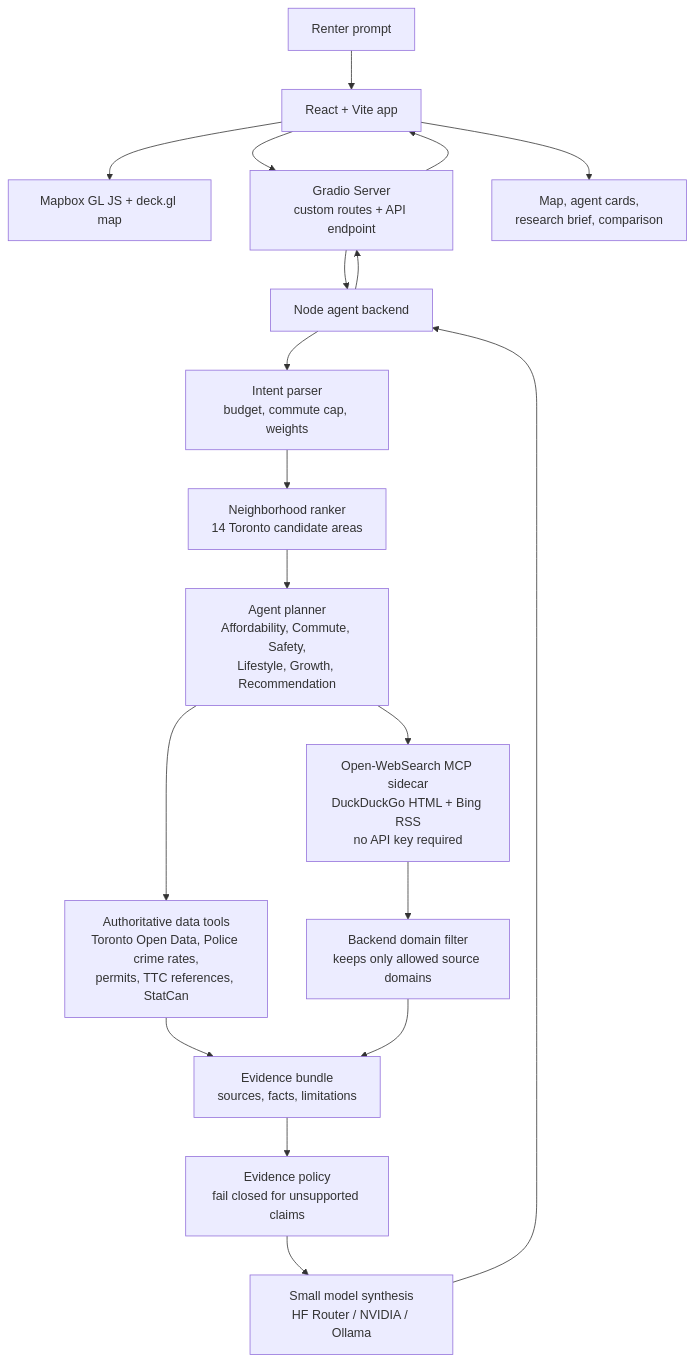
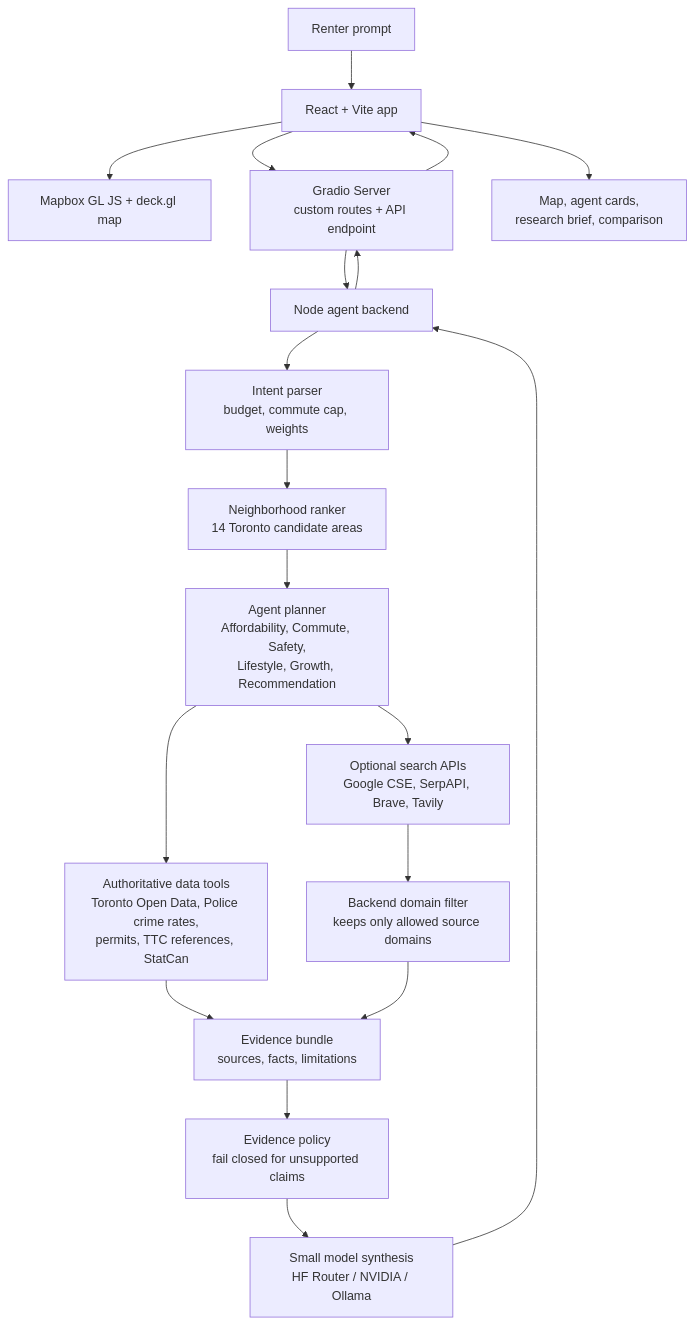
One commit to own-path/6ixPulse changed the diagram in README.md. Above: the diagram before and after it, drawn with Mermaid. The commit also changed other lines of this file and 5 other files, not shown here.

````diff
--- a/README.md
+++ b/README.md
@@ -58,24 +58,24 @@
 ```mermaid
 flowchart TD
   User["Renter prompt"] --> UI["React + Vite app"]
   UI --> Map["Mapbox GL JS + deck.gl map"]
   UI --> Gradio["Gradio Server\ncustom routes + API endpoint"]
   Gradio --> API["Node agent backend"]
 
   API --> Parser["Intent parser\nbudget, commute cap, weights"]
   Parser --> Ranker["Neighborhood ranker\n14 Toronto candidate areas"]
   Ranker --> Agents["Agent planner\nAffordability, Commute, Safety,\nLifestyle, Growth, Recommendation"]
 
   Agents --> Official["Authoritative data tools\nToronto Open Data, Police crime rates,\npermits, TTC references, StatCan"]
-  Agents --> MCP["Open-WebSearch MCP sidecar\nDuckDuckGo HTML + Bing RSS\nno API key required"]
-  MCP --> Filter["Backend domain filter\nkeeps only allowed source domains"]
+  Agents --> APIProviders["Optional search APIs\nGoogle CSE, SerpAPI, Brave, Tavily"]
+  APIProviders --> Filter["Backend domain filter\nkeeps only allowed source domains"]
   Official --> Evidence["Evidence bundle\nsources, facts, limitations"]
   Filter --> Evidence
 
   Evidence --> Policy["Evidence policy\nfail closed for unsupported claims"]
   Policy --> Model["Small model synthesis\nHF Router / NVIDIA / Ollama"]
   Model --> API
   API --> Gradio
   Gradio --> UI
   UI --> Panels["Map, agent cards,\nresearch brief, comparison"]
 ```
````
